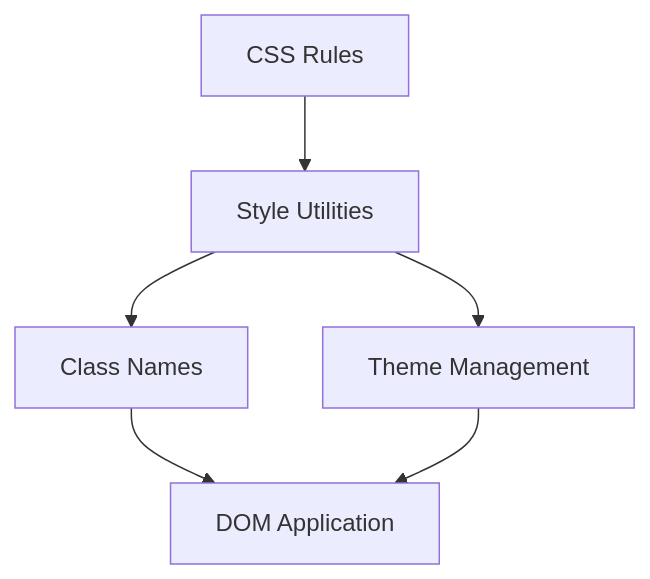
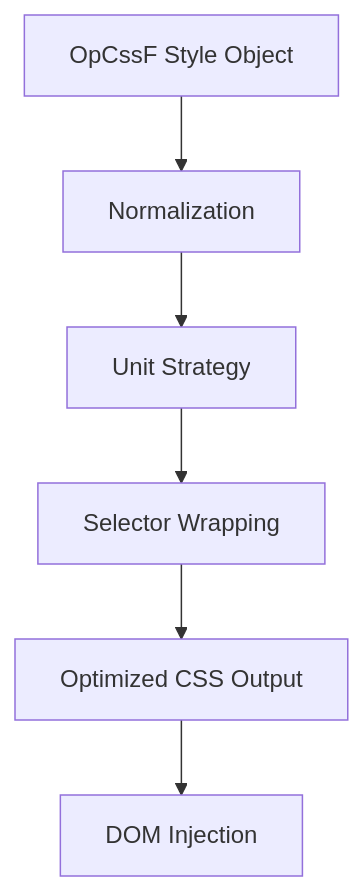
One commit to medyll/idae changed the diagram in packages/idae-csss/README.md. Above: the diagram before and after it, drawn with Mermaid. The commit also changed other lines of this file and 17 other files, not shown here.

````diff
--- a/packages/idae-csss/README.md
+++ b/packages/idae-csss/README.md
@@ -7,8 +199,8 @@
 ```mermaid
 graph TD
-    A[CSS Rules] --> B[Style Utilities]
-    B --> C[Class Names]
-    B --> D[Theme Management]
-    C --> E[DOM Application]
-    D --> E
+    A[OpCssF Style Object] --> B[Normalization]
+    B --> C[Unit Strategy]
+    C --> D[Selector Wrapping]
+    D --> E[Optimized CSS Output]
+    E --> F[DOM Injection]
 ```
````
